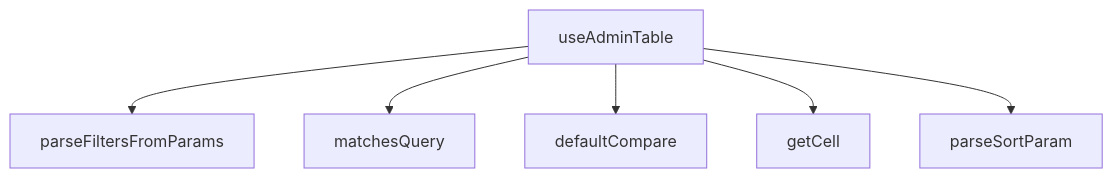
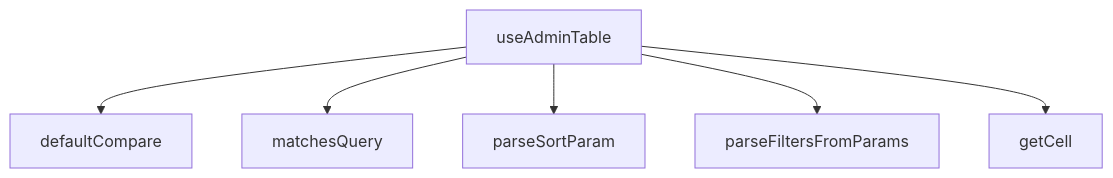
The diagram in src/hooks/useAdminTable.md (peckop/venthub-hvac-esite), drawn with Mermaid before and after one commit. The commit also changed other lines of this file and 189 other files, not shown here.

````diff
--- a/src/hooks/useAdminTable.md
+++ b/src/hooks/useAdminTable.md
@@ -357,14 +290,14 @@
 ```mermaid
 graph TD
     useAdminTable_ts__defaultCompare["defaultCompare"]
     useAdminTable_ts__getCell["getCell"]
     useAdminTable_ts__matchesQuery["matchesQuery"]
     useAdminTable_ts__parseFiltersFromParams["parseFiltersFromParams"]
     useAdminTable_ts__parseSortParam["parseSortParam"]
     useAdminTable_ts__useAdminTable["useAdminTable"]
+    useAdminTable_ts__useAdminTable --> useAdminTable_ts__defaultCompare
+    useAdminTable_ts__useAdminTable --> useAdminTable_ts__matchesQuery
+    useAdminTable_ts__useAdminTable --> useAdminTable_ts__parseSortParam
     useAdminTable_ts__useAdminTable --> useAdminTable_ts__parseFiltersFromParams
-    useAdminTable_ts__useAdminTable --> useAdminTable_ts__matchesQuery
-    useAdminTable_ts__useAdminTable --> useAdminTable_ts__defaultCompare
     useAdminTable_ts__useAdminTable --> useAdminTable_ts__getCell
-    useAdminTable_ts__useAdminTable --> useAdminTable_ts__parseSortParam
 ```
````
